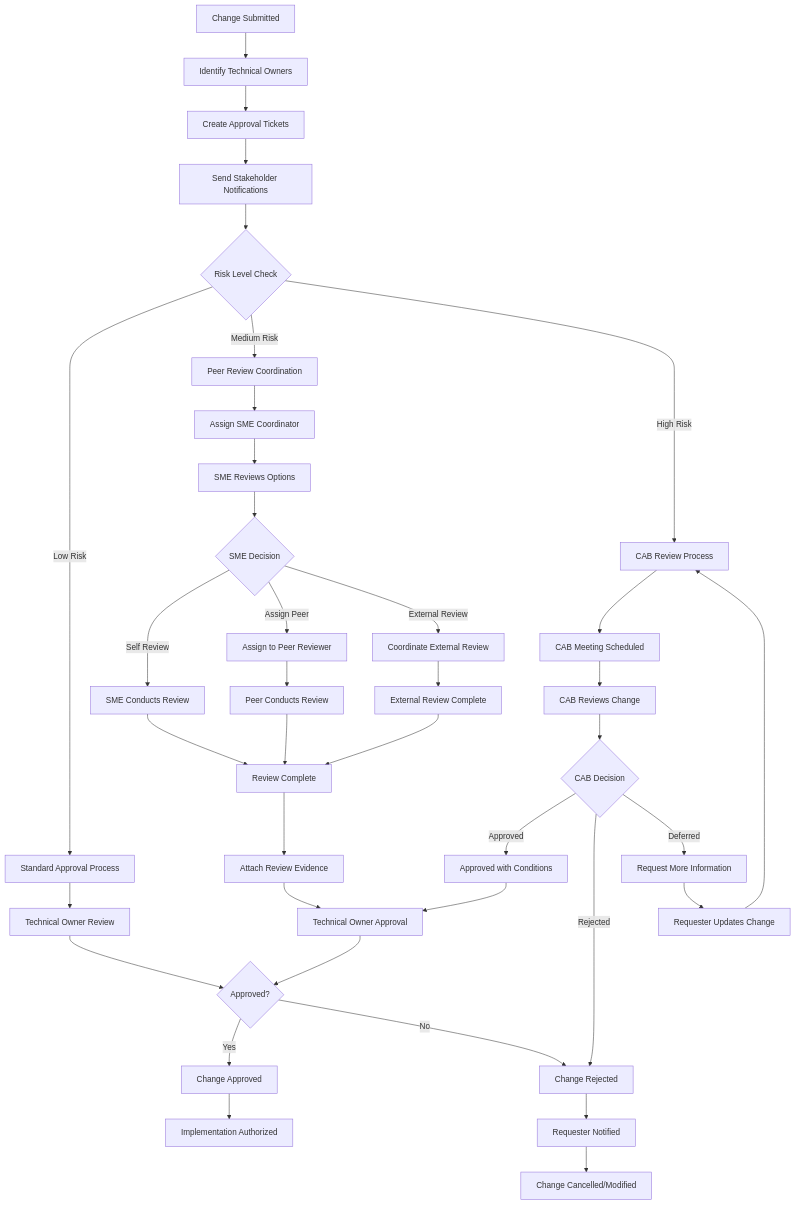
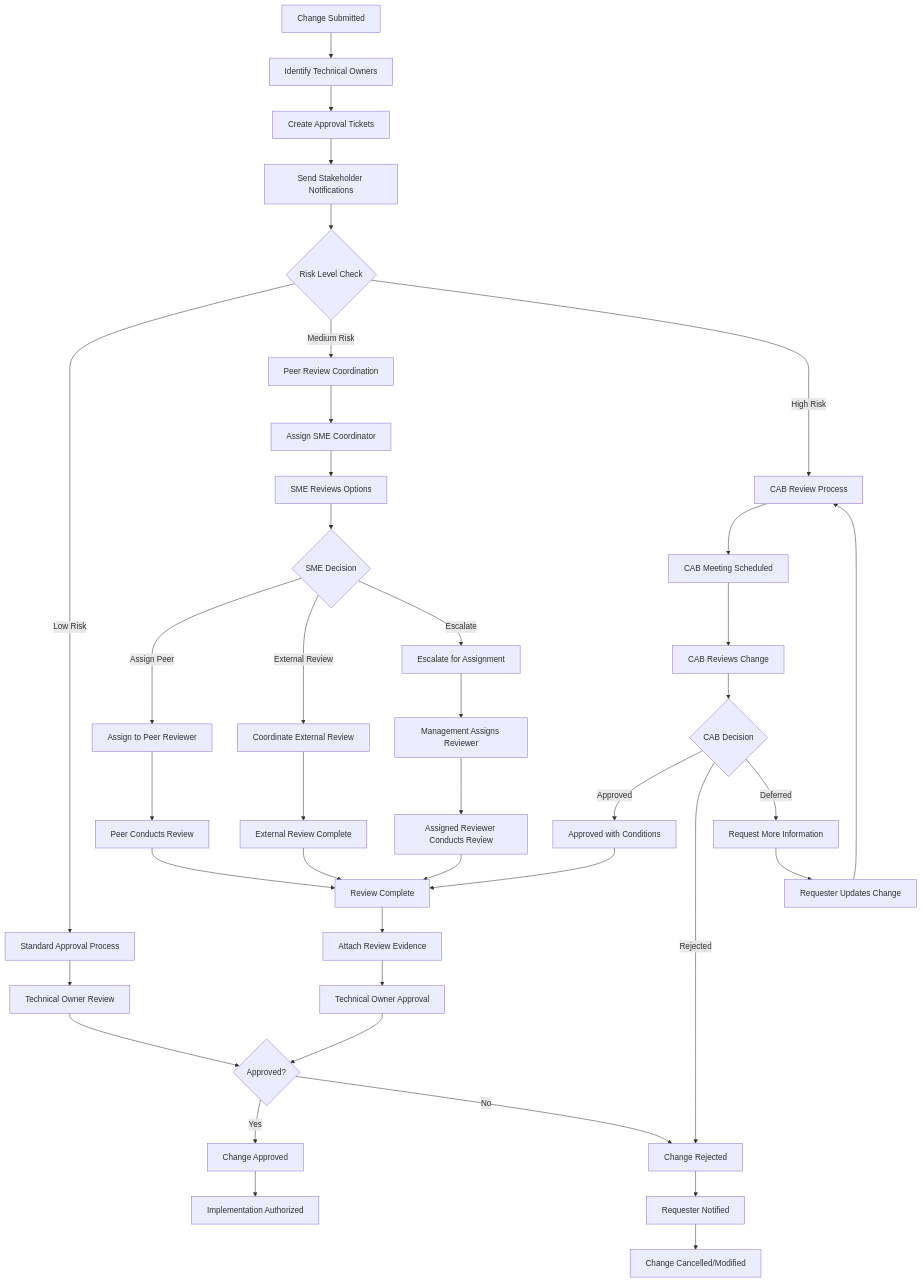
The fourth of 5 diagrams in USER_GUIDE.md (daveposh/change_submission), drawn with Mermaid before and after one commit. The commit also changed other lines of this file and 1 other file, not shown here.

Commit message:
Enhance peer review guidelines and SME responsibilities in user documentation
- Updated the USER_GUIDE.md to clarify the options available for Subject Matter Experts (SMEs) during the peer review process, emphasizing the need for independent reviewers.
- Revised the change-submission.js script to reflect these updates, ensuring that the responsibilities of the assigned SME are clearly communicated.
- These modifications aim to improve understanding of the peer review process and reinforce the importance of independent validation in change management.

````diff
--- a/USER_GUIDE.md
+++ b/USER_GUIDE.md
@@ -637,48 +636,50 @@
 ```mermaid
 graph TD
     A[Change Submitted] --> B[Identify Technical Owners]
     B --> C[Create Approval Tickets]
     C --> D[Send Stakeholder Notifications]
     D --> E{Risk Level Check}
     
     E -->|Low Risk| F[Standard Approval Process]
     E -->|Medium Risk| G[Peer Review Coordination]
     E -->|High Risk| H[CAB Review Process]
     
     F --> I[Technical Owner Review]
     I --> J{Approved?}
     J -->|Yes| K[Change Approved]
     J -->|No| L[Change Rejected]
     
     G --> M[Assign SME Coordinator]
     M --> N[SME Reviews Options]
     N --> O{SME Decision}
-    O -->|Self Review| P[SME Conducts Review]
     O -->|Assign Peer| Q[Assign to Peer Reviewer]
     O -->|External Review| R[Coordinate External Review]
+    O -->|Escalate| S[Escalate for Assignment]
     
-    P --> S[Review Complete]
     Q --> T[Peer Conducts Review]
     R --> U[External Review Complete]
+    S --> V[Management Assigns Reviewer]
     
-    T --> S
-    U --> S
-    S --> V[Attach Review Evidence]
-    V --> W[Technical Owner Approval]
-    W --> J
+    T --> W[Review Complete]
+    U --> W
+    V --> X[Assigned Reviewer Conducts Review]
+    X --> W
+    W --> Y[Attach Review Evidence]
+    Y --> Z[Technical Owner Approval]
+    Z --> J
     
-    H --> X[CAB Meeting Scheduled]
-    X --> Y[CAB Reviews Change]
-    Y --> Z{CAB Decision}
-    Z -->|Approved| AA[Approved with Conditions]
-    Z -->|Rejected| L
-    Z -->|Deferred| BB[Request More Information]
+    H --> AA1[CAB Meeting Scheduled]
+    AA1 --> BB1[CAB Reviews Change]
+    BB1 --> CC1{CAB Decision}
+    CC1 -->|Approved| AA[Approved with Conditions]
+    CC1 -->|Rejected| L
+    CC1 -->|Deferred| BB[Request More Information]
     
     AA --> W
     BB --> CC[Requester Updates Change]
     CC --> H
     
     K --> DD[Implementation Authorized]
     L --> EE[Requester Notified]
     EE --> FF[Change Cancelled/Modified]
 ```
````
